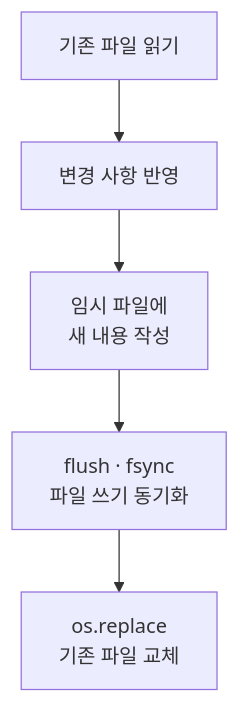
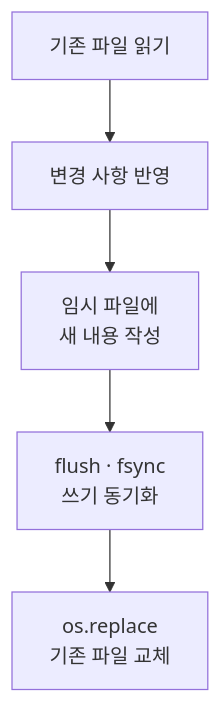
Before and after one commit to Cerhovah/Codyssey_Mission_B2-1: the ninth of 9 diagrams in README.md, drawn with Mermaid. The commit also changed other lines of this file, not shown here.

First line of the commit message:
docs: 구조도에서 단어가 갈라지는 줄바꿈 정리

````diff
--- a/README.md
+++ b/README.md
@@ -438,7 +438,7 @@
 ```mermaid
 flowchart TD
     Read["기존 파일 읽기"] --> Edit["변경 사항 반영"]
     Edit --> Temp["임시 파일에<br/>새 내용 작성"]
-    Temp --> Sync["flush · fsync<br/>파일 쓰기 동기화"]
+    Temp --> Sync["flush · fsync<br/>쓰기 동기화"]
     Sync --> Replace["os.replace<br/>기존 파일 교체"]
 ```
````
